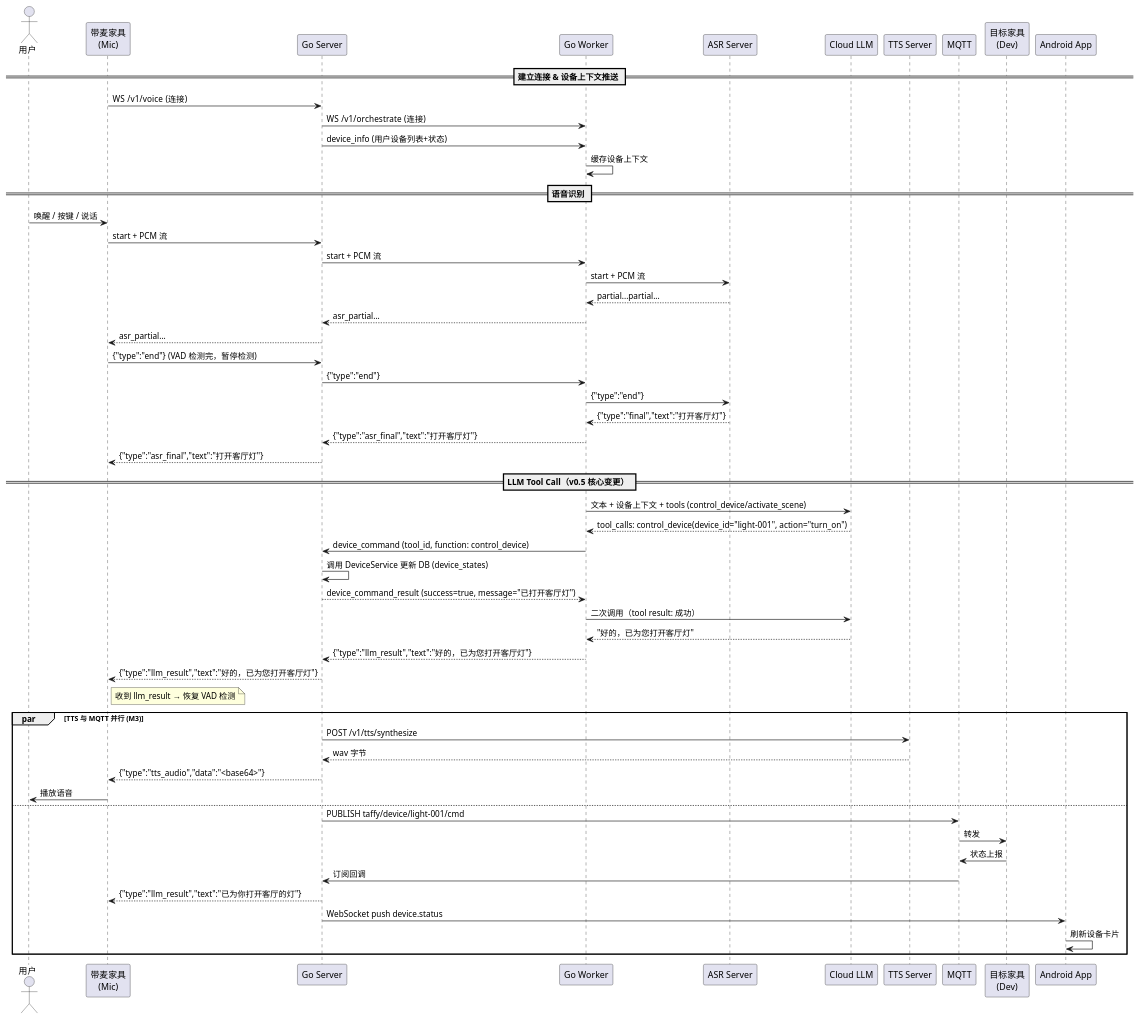
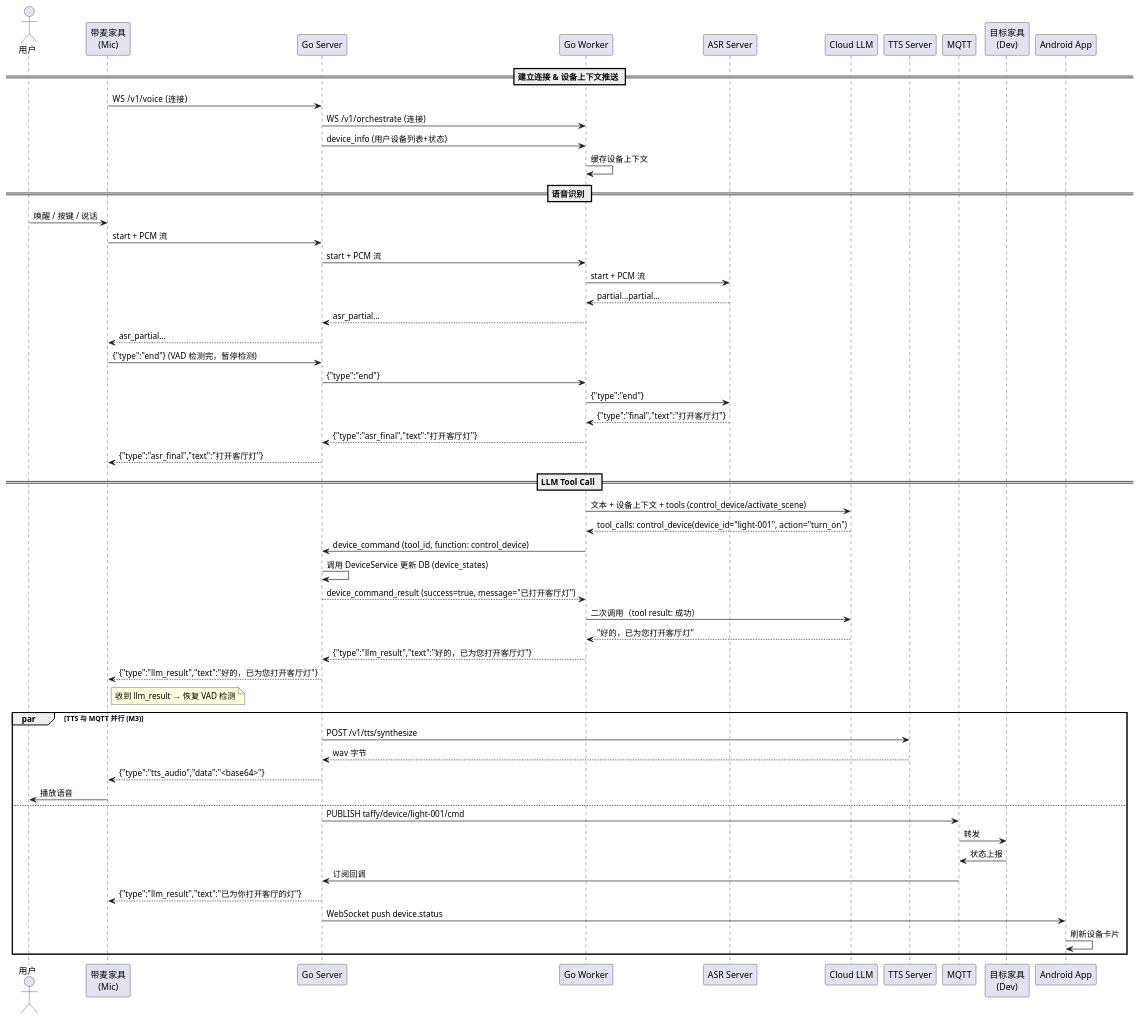
One commit to Yoruko666/Taffy-Assistant changed the fifth of 6 diagrams in docs/03-软件设计文档.md. Above: the diagram before and after it, drawn with PlantUML. The commit also changed other lines of this file and 24 other files, not shown here.

````diff
--- a/docs/03-软件设计文档.md
+++ b/docs/03-软件设计文档.md
@@ -575,63 +575,63 @@
 ```plantuml
 @startuml
 actor 用户
 participant "带麦家具\n(Mic)"   as Mic
 participant "Go Server"         as Srv
 participant "Go Worker"         as Wkr
 participant "ASR Server"        as ASR
 participant "Cloud LLM"         as Cloud
 participant "TTS Server"        as TTS
 participant MQTT                as MQ
 participant "目标家具\n(Dev)"   as Dev
 participant "Android App"       as App
 
 == 建立连接 & 设备上下文推送 ==
 Mic  -> Srv : WS /v1/voice  (连接)
 Srv  -> Wkr : WS /v1/orchestrate  (连接)
 Srv  -> Wkr : device_info (用户设备列表+状态)
 Wkr  -> Wkr : 缓存设备上下文
 
 == 语音识别 ==
 用户 -> Mic : 唤醒 / 按键 / 说话
 Mic  -> Srv : start + PCM 流
 Srv  -> Wkr : start + PCM 流
 Wkr  -> ASR : start + PCM 流
 ASR --> Wkr : partial...partial...
 Wkr  --> Srv : asr_partial...
 Srv  --> Mic : asr_partial...
 
 Mic  -> Srv : {"type":"end"} (VAD 检测完，暂停检测)
 Srv  -> Wkr : {"type":"end"}
 Wkr  -> ASR : {"type":"end"}
 ASR --> Wkr : {"type":"final","text":"打开客厅灯"}
 Wkr  --> Srv : {"type":"asr_final","text":"打开客厅灯"}
 Srv  --> Mic : {"type":"asr_final","text":"打开客厅灯"}
 
-== LLM Tool Call（v0.5 核心变更） ==
+== LLM Tool Call ==
 Wkr  -> Cloud : 文本 + 设备上下文 + tools (control_device/activate_scene)
 Cloud --> Wkr : tool_calls: control_device(device_id="light-001", action="turn_on")
 Wkr  -> Srv : device_command (tool_id, function: control_device)
 Srv  -> Srv : 调用 DeviceService 更新 DB (device_states)
 Srv  --> Wkr : device_command_result (success=true, message="已打开客厅灯")
 Wkr  -> Cloud : 二次调用（tool result: 成功）
 Cloud --> Wkr : "好的，已为您打开客厅灯"
 Wkr  --> Srv : {"type":"llm_result","text":"好的，已为您打开客厅灯"}
 Srv  --> Mic : {"type":"llm_result","text":"好的，已为您打开客厅灯"}
 note right of Mic : 收到 llm_result → 恢复 VAD 检测
 
 par TTS 与 MQTT 并行 (M3)
   Srv -> TTS : POST /v1/tts/synthesize
   TTS --> Srv : wav 字节
   Srv --> Mic : {"type":"tts_audio","data":"<base64>"}
   Mic -> 用户 : 播放语音
 else
   Srv -> MQ  : PUBLISH taffy/device/light-001/cmd
   MQ  -> Dev : 转发
   Dev -> MQ  : 状态上报
   MQ  -> Srv : 订阅回调
   Srv --> Mic : {"type":"llm_result","text":"已为你打开客厅的灯"}
   Srv -> App : WebSocket push device.status
   App -> App : 刷新设备卡片
 end
 @enduml
 ```
````
